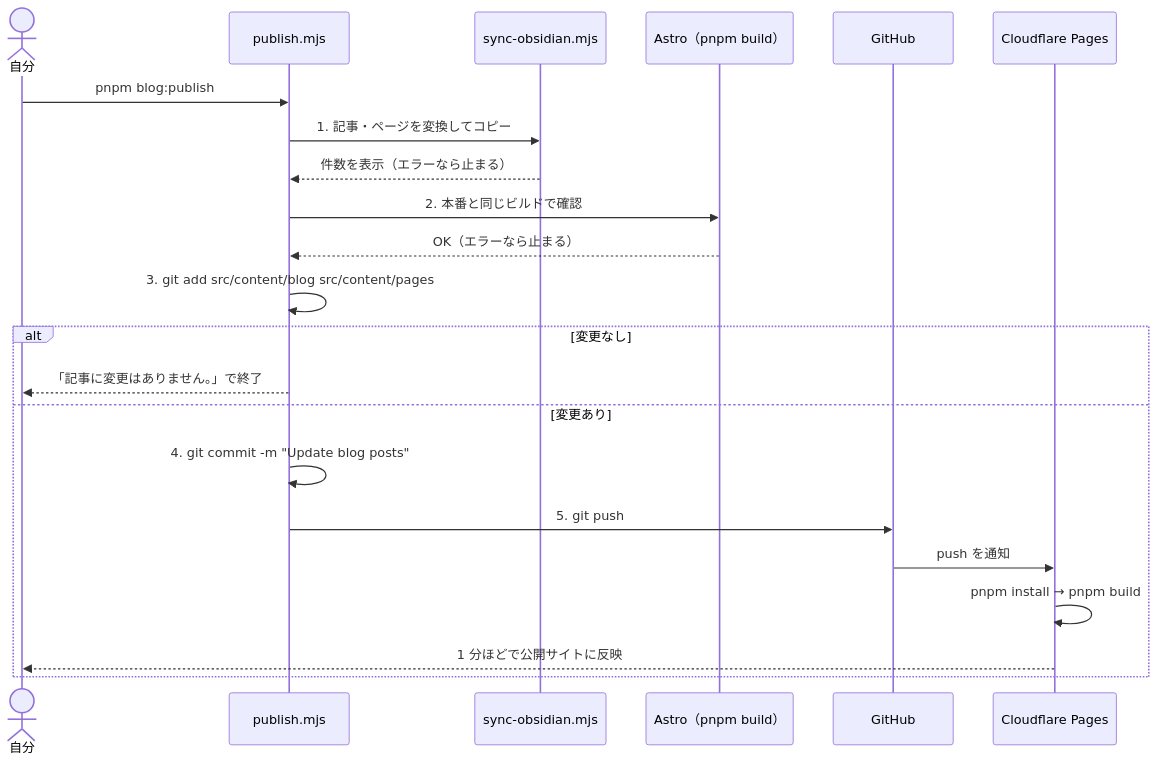
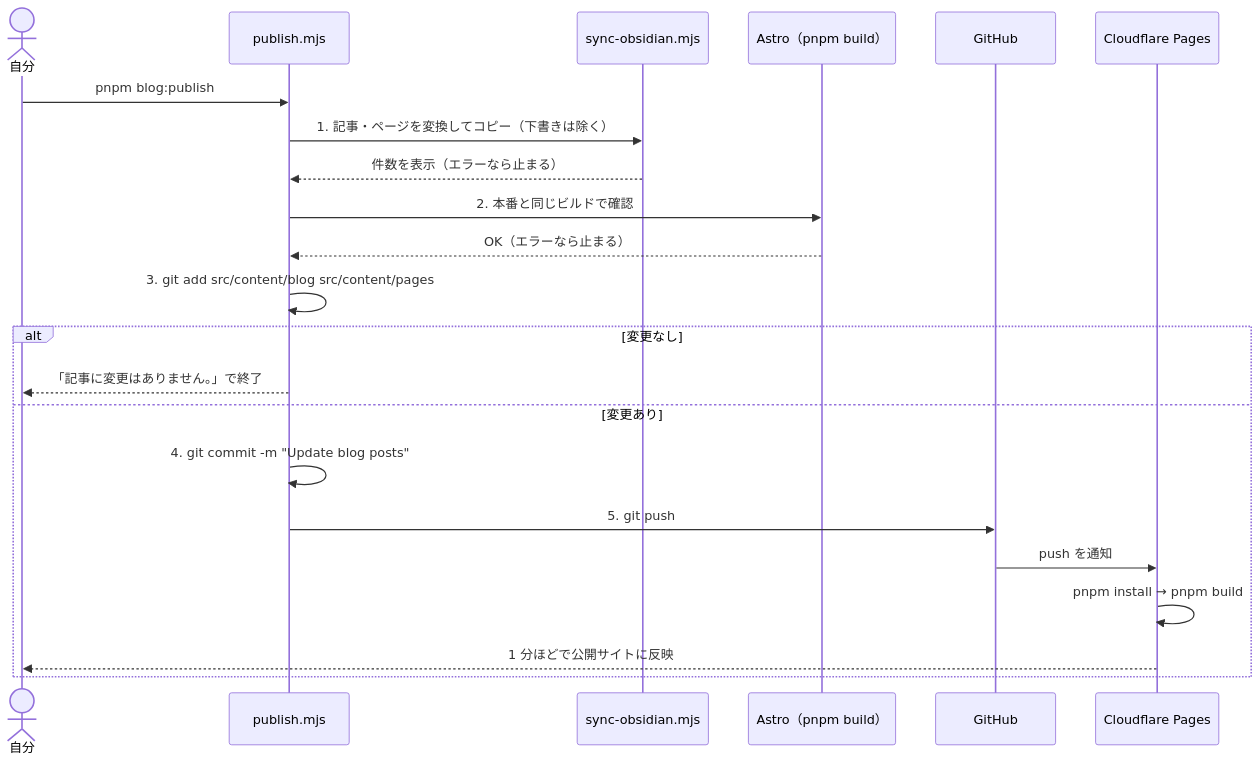
One commit to pandaneko123/my-site changed the second of 2 diagrams in docs/blog-flow.md. Above: the diagram before and after it, drawn with Mermaid. The commit also changed other lines of this file and 6 other files, not shown here.

````diff
--- a/docs/blog-flow.md
+++ b/docs/blog-flow.md
@@ -36,25 +36,25 @@
 ```mermaid
 sequenceDiagram
 	actor 自分
 	participant P as publish.mjs
 	participant S as sync-obsidian.mjs
 	participant A as Astro（pnpm build）
 	participant G as GitHub
 	participant C as Cloudflare Pages
 
 	自分->>P: pnpm blog:publish
-	P->>S: 1. 記事・ページを変換してコピー
+	P->>S: 1. 記事・ページを変換してコピー（下書きは除く）
 	S-->>P: 件数を表示（エラーなら止まる）
 	P->>A: 2. 本番と同じビルドで確認
 	A-->>P: OK（エラーなら止まる）
 	P->>P: 3. git add src/content/blog src/content/pages
 	alt 変更なし
 		P-->>自分: 「記事に変更はありません。」で終了
 	else 変更あり
 		P->>P: 4. git commit -m "Update blog posts"
 		P->>G: 5. git push
 		G->>C: push を通知
 		C->>C: pnpm install → pnpm build
 		C-->>自分: 1 分ほどで公開サイトに反映
 	end
 ```
````
